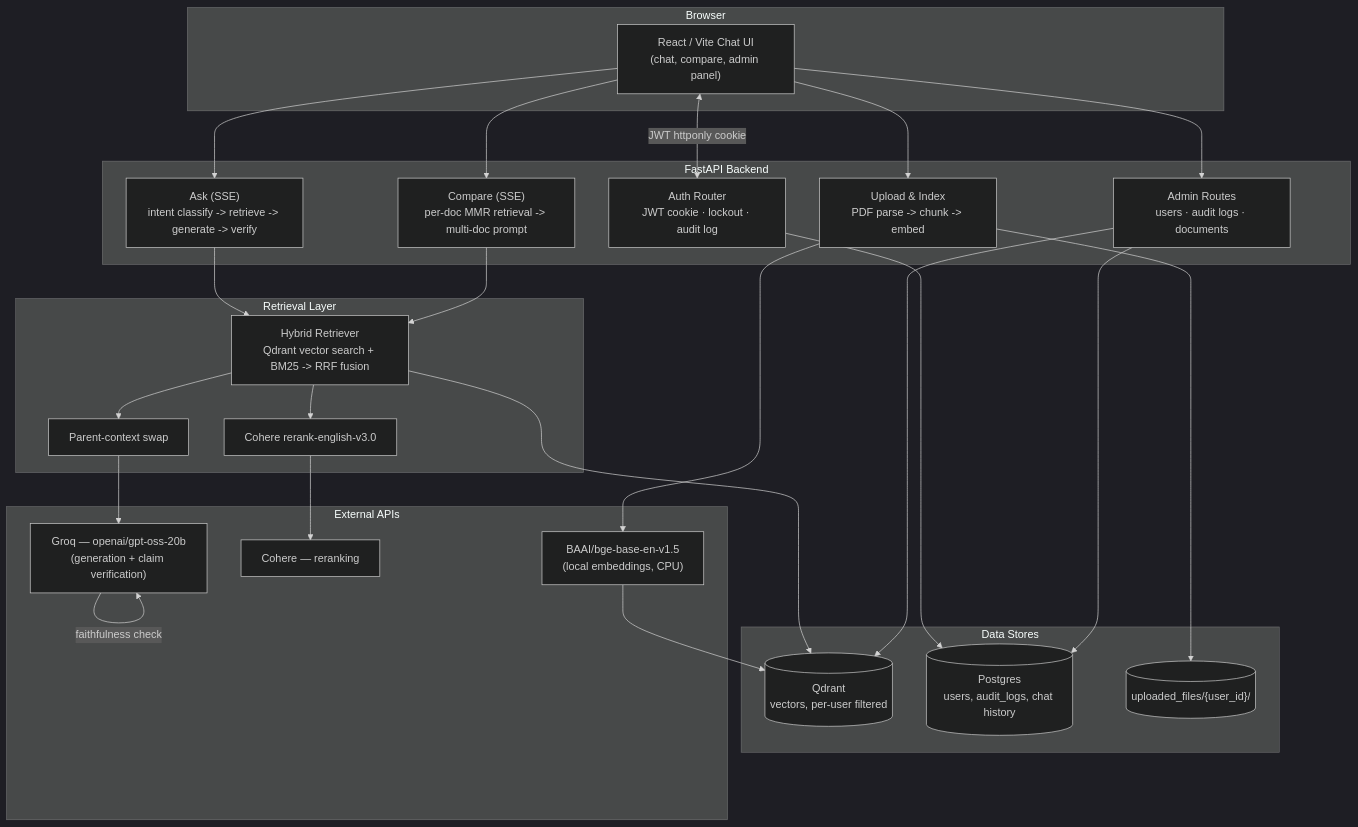
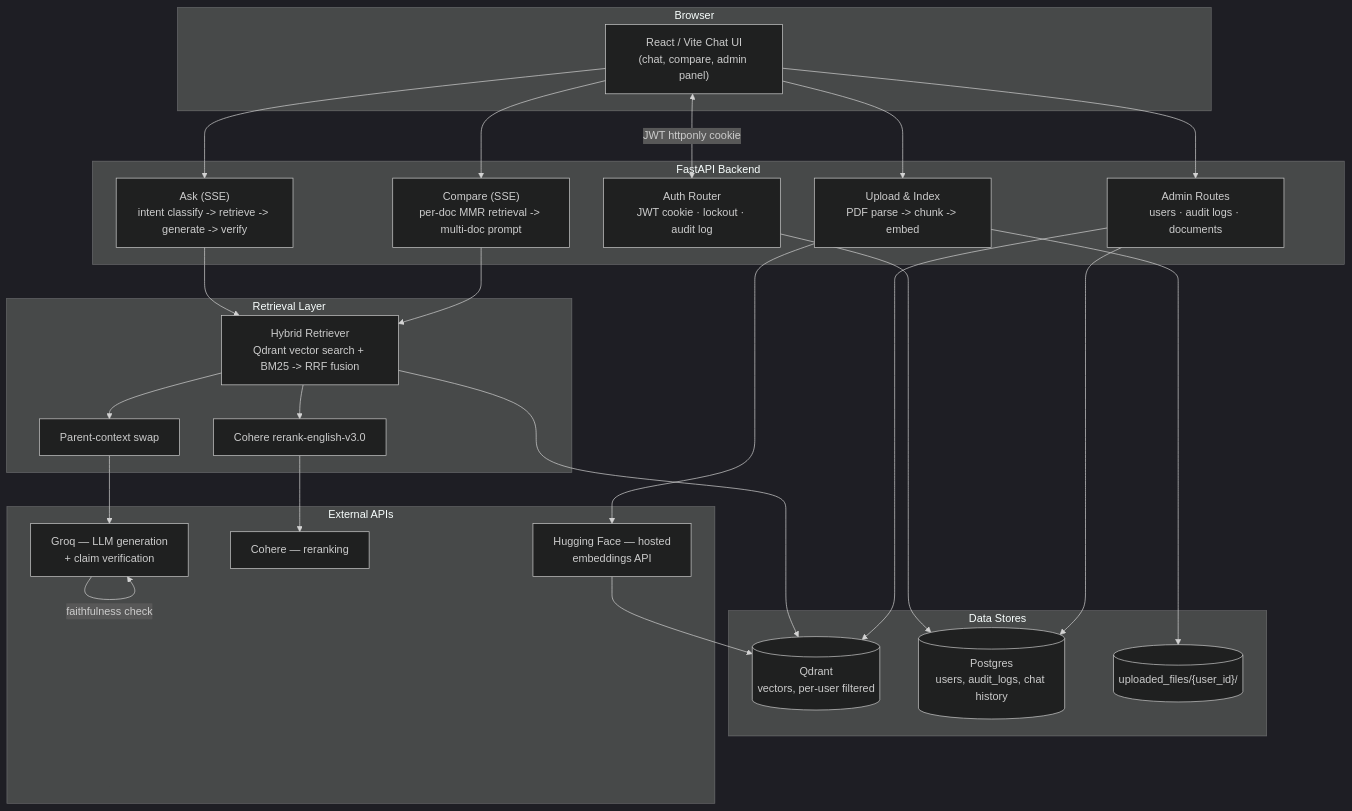
One commit to JeelPrajapati23/ClauseIQ changed the diagram in README.md. Above: the diagram before and after it, drawn with Mermaid (dark theme). The commit also changed other lines of this file and 19 other files, not shown here.

````diff
--- a/README.md
+++ b/README.md
@@ -60,53 +59,53 @@
 ```mermaid
 flowchart TB
     subgraph Client["Browser"]
         UI["React / Vite Chat UI<br/>(chat, compare, admin panel)"]
     end
 
     subgraph Backend["FastAPI Backend"]
         Auth["Auth Router<br/>JWT cookie · lockout · audit log"]
         Upload["Upload & Index<br/>PDF parse -> chunk -> embed"]
         Ask["Ask (SSE)<br/>intent classify -> retrieve -> generate -> verify"]
         Compare["Compare (SSE)<br/>per-doc MMR retrieval -> multi-doc prompt"]
         Admin["Admin Routes<br/>users · audit logs · documents"]
     end
 
     subgraph Retrieval["Retrieval Layer"]
         Hybrid["Hybrid Retriever<br/>Qdrant vector search + BM25 -> RRF fusion"]
         Rerank["Cohere rerank-english-v3.0"]
         ParentSwap["Parent-context swap"]
     end
 
     subgraph Data["Data Stores"]
         Qdrant[("Qdrant<br/>vectors, per-user filtered")]
         Postgres[("Postgres<br/>users, audit_logs, chat history")]
         Files[("uploaded_files/{user_id}/")]
     end
 
     subgraph External["External APIs"]
-        Groq["Groq — openai/gpt-oss-20b<br/>(generation + claim verification)"]
+        Groq["Groq — LLM generation<br/>+ claim verification"]
         CohereAPI["Cohere — reranking"]
-        BGE["BAAI/bge-base-en-v1.5<br/>(local embeddings, CPU)"]
+        Embed["Hugging Face — hosted<br/>embeddings API"]
     end
 
     UI <--> |"JWT httponly cookie"| Auth
     UI --> Upload
     UI --> Ask
     UI --> Compare
     UI --> Admin
 
-    Upload --> BGE --> Qdrant
+    Upload --> Embed --> Qdrant
     Upload --> Files
 
     Ask --> Hybrid
     Compare --> Hybrid
     Hybrid --> Qdrant
     Hybrid --> Rerank --> CohereAPI
     Hybrid --> ParentSwap
     ParentSwap --> Groq
     Groq --> |"faithfulness check"| Groq
 
     Auth --> Postgres
     Admin --> Postgres
     Admin --> Qdrant
 ```
````
